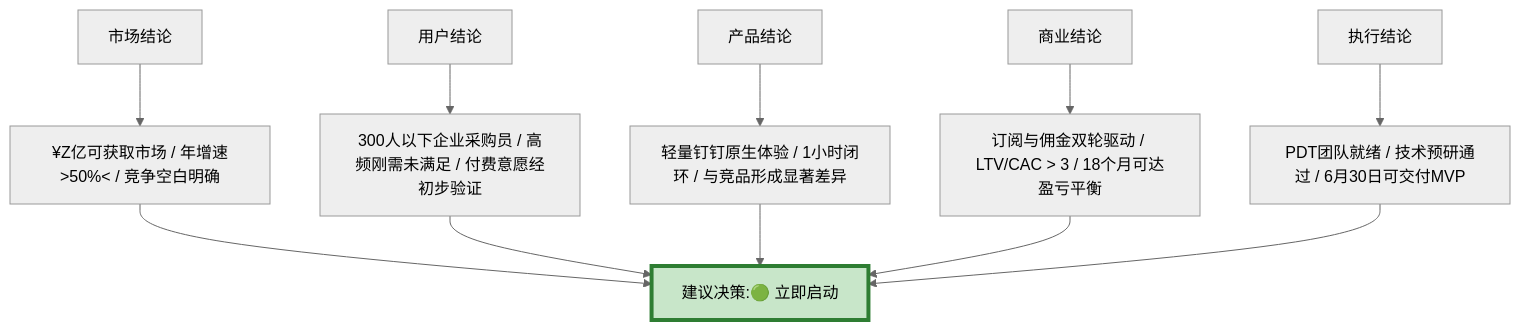
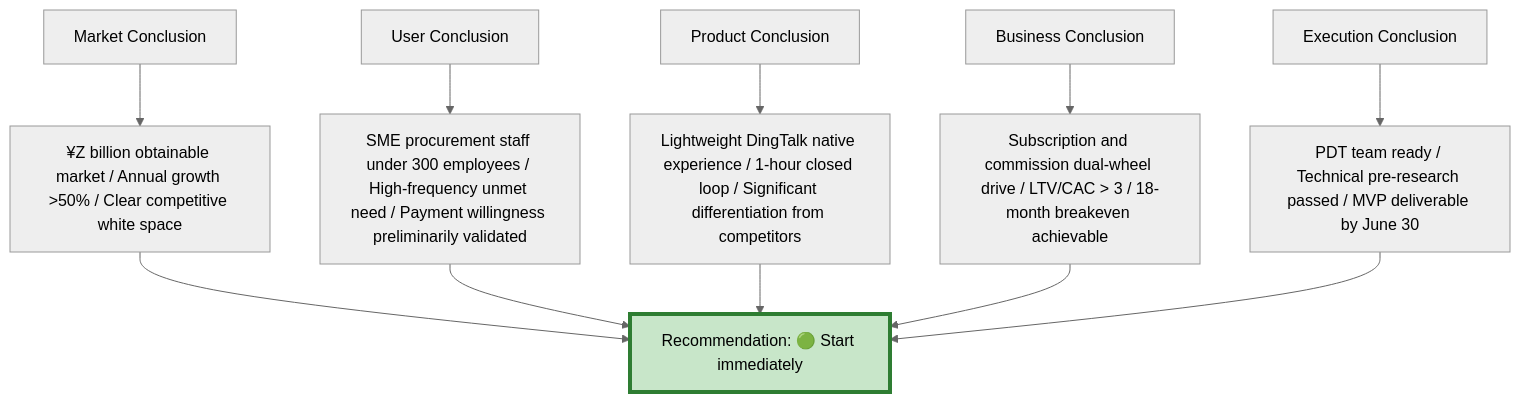
One commit to Kirky-X/cangjie changed diagram 17 of 17 in templates/产品/战略层/【模板】市场需求文档.md. Above: the diagram before and after it, drawn with Mermaid (neutral theme). The commit also changed other lines of this file and 60 other files, not shown here.

````diff
--- a/templates/产品/战略层/【模板】市场需求文档.md
+++ b/templates/产品/战略层/【模板】市场需求文档.md
@@ -792,16 +756,16 @@
 ```mermaid
 graph TD
-    A[市场结论] --> A1[¥Z亿可获取市场 / 年增速>50%< / 竞争空白明确]
-    B[用户结论] --> B1[300人以下企业采购员 / 高频刚需未满足 / 付费意愿经初步验证]
-    C[产品结论] --> C1[轻量钉钉原生体验 / 1小时闭环 / 与竞品形成显著差异]
-    D[商业结论] --> D1[订阅与佣金双轮驱动 / LTV/CAC > 3 / 18个月可达盈亏平衡]
-    E[执行结论] --> E1[PDT团队就绪 / 技术预研通过 / 6月30日可交付MVP]
+    A[Market Conclusion] --> A1[¥Z billion obtainable market / Annual growth >50% / Clear competitive white space]
+    B[User Conclusion] --> B1[SME procurement staff under 300 employees / High-frequency unmet need / Payment willingness preliminarily validated]
+    C[Product Conclusion] --> C1[Lightweight DingTalk native experience / 1-hour closed loop / Significant differentiation from competitors]
+    D[Business Conclusion] --> D1[Subscription and commission dual-wheel drive / LTV/CAC > 3 / 18-month breakeven achievable]
+    E[Execution Conclusion] --> E1[PDT team ready / Technical pre-research passed / MVP deliverable by June 30]
 
-    A1 --> F[建议决策:🟢 立即启动]
+    A1 --> F[Recommendation: 🟢 Start immediately]
     B1 --> F
     C1 --> F
     D1 --> F
     E1 --> F
 
     style F fill:#c8e6c9,stroke:#2e7d32,stroke-width:4px
 ```
````
